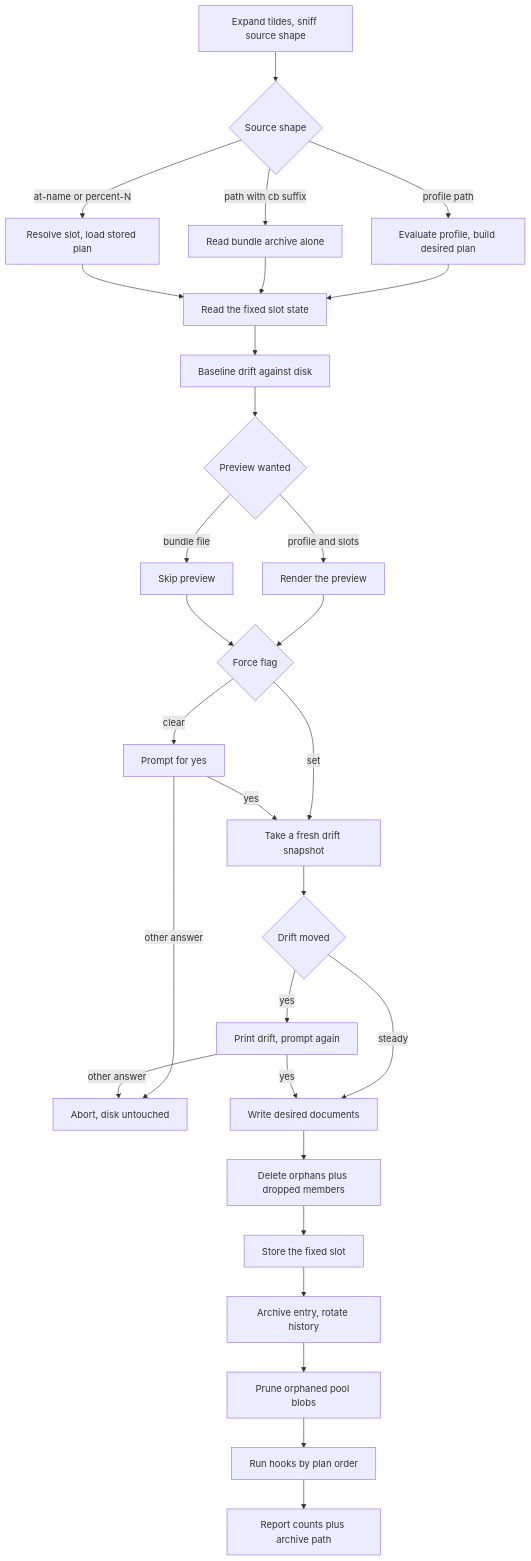
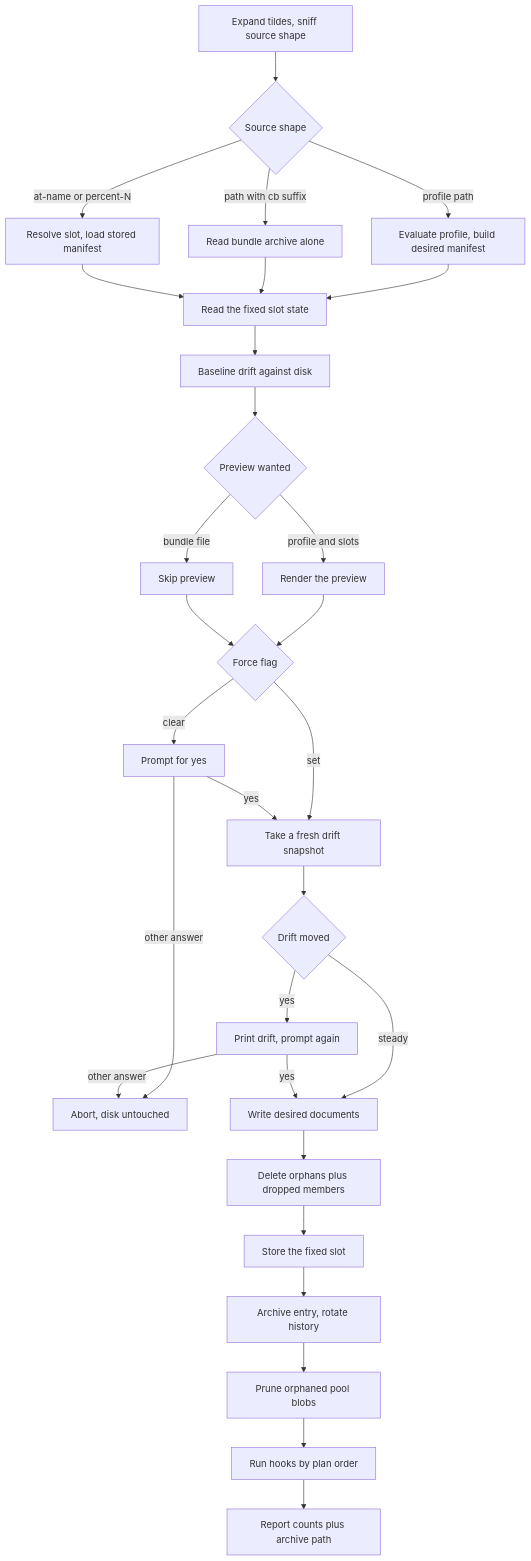
One commit to SolracHQ/confit changed the diagram in docs/book/src/spec/resources/apply.mmd. Above: the diagram before and after it, drawn with Mermaid. The commit also changed 54 other files, not shown here.

```diff
--- a/docs/book/src/spec/resources/apply.mmd
+++ b/docs/book/src/spec/resources/apply.mmd
@@ -1,29 +1,29 @@
 flowchart TD
     A[Expand tildes, sniff source shape] --> B{Source shape}
-    B -- profile path --> C[Evaluate profile, build desired plan]
+    B -- profile path --> C[Evaluate profile, build desired manifest]
     B -- path with cb suffix --> D[Read bundle archive alone]
-    B -- at-name or percent-N --> E[Resolve slot, load stored plan]
+    B -- at-name or percent-N --> E[Resolve slot, load stored manifest]
     C --> F[Read the fixed slot state]
     D --> F
     E --> F
     F --> G[Baseline drift against disk]
     G --> H{Preview wanted}
     H -- profile and slots --> I[Render the preview]
     H -- bundle file --> J[Skip preview]
     I --> K{Force flag}
     J --> K
     K -- set --> L[Take a fresh drift snapshot]
     K -- clear --> M[Prompt for yes]
     M -- other answer --> N[Abort, disk untouched]
     M -- yes --> L
     L --> O{Drift moved}
     O -- yes --> P[Print drift, prompt again]
     O -- steady --> Q[Write desired documents]
     P -- other answer --> N
     P -- yes --> Q
     Q --> R[Delete orphans plus dropped members]
     R --> S[Store the fixed slot]
     S --> T[Archive entry, rotate history]
     T --> U[Prune orphaned pool blobs]
     U --> V[Run hooks by plan order]
     V --> W[Report counts plus archive path]
```
